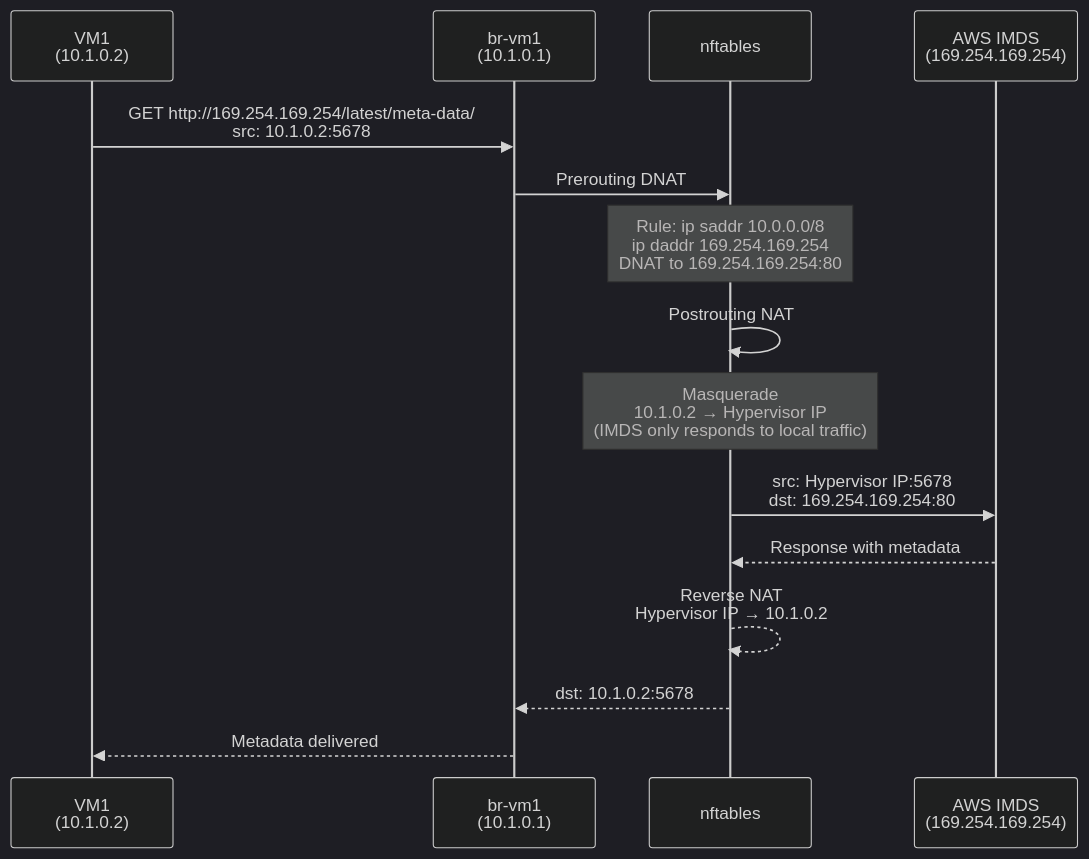
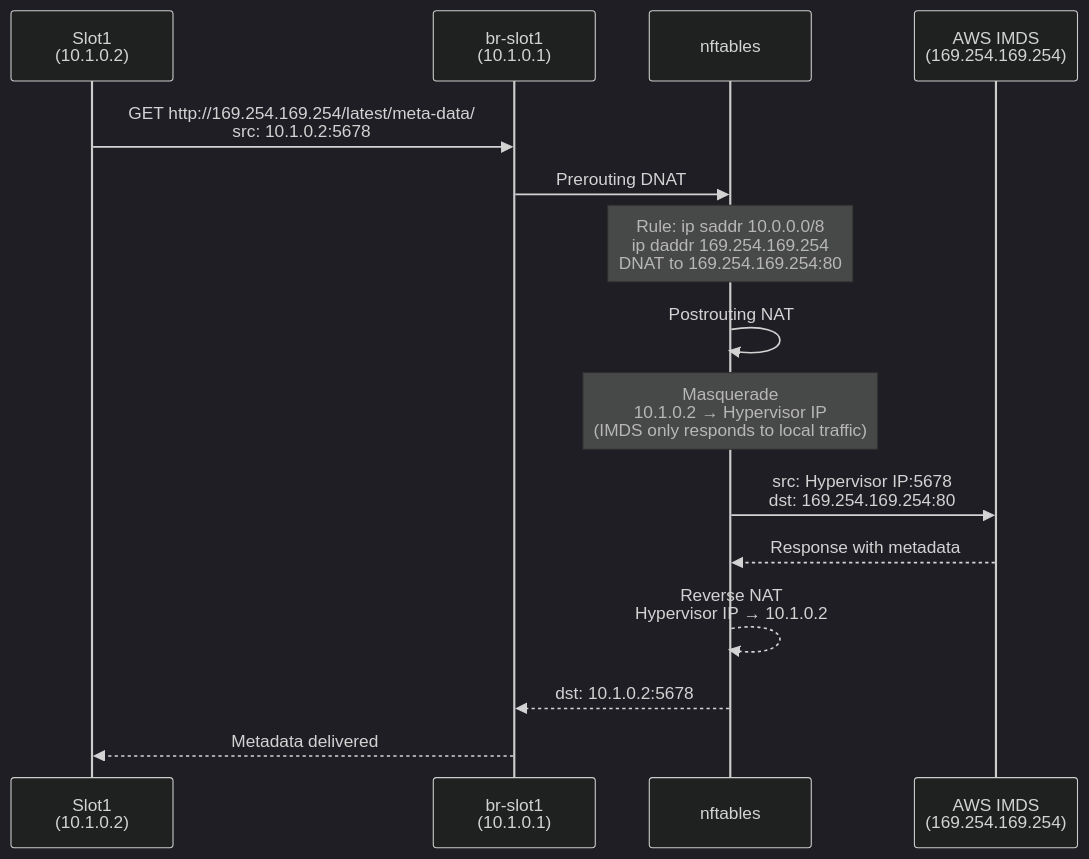
Before and after one commit to r33drichards/simple-microvm-infra: the third of 15 diagrams in NETWORK-TOPOLOGY.md, drawn with Mermaid (dark theme). The commit also changed other lines of this file and 3 other files, not shown here.

First line of the commit message:
Update documentation for portable state architecture

````diff
--- a/NETWORK-TOPOLOGY.md
+++ b/NETWORK-TOPOLOGY.md
@@ -158,18 +158,18 @@
 ```mermaid
 sequenceDiagram
-    participant VM1 as VM1<br/>(10.1.0.2)
-    participant GW as br-vm1<br/>(10.1.0.1)
+    participant Slot1 as Slot1<br/>(10.1.0.2)
+    participant GW as br-slot1<br/>(10.1.0.1)
     participant NFT as nftables
     participant IMDS as AWS IMDS<br/>(169.254.169.254)
 
-    VM1->>GW: GET http://169.254.169.254/latest/meta-data/<br/>src: 10.1.0.2:5678
+    Slot1->>GW: GET http://169.254.169.254/latest/meta-data/<br/>src: 10.1.0.2:5678
     GW->>NFT: Prerouting DNAT
     Note over NFT: Rule: ip saddr 10.0.0.0/8<br/>ip daddr 169.254.169.254<br/>DNAT to 169.254.169.254:80
     NFT->>NFT: Postrouting NAT
     Note over NFT: Masquerade<br/>10.1.0.2 → Hypervisor IP<br/>(IMDS only responds to local traffic)
     NFT->>IMDS: src: Hypervisor IP:5678<br/>dst: 169.254.169.254:80
     IMDS-->>NFT: Response with metadata
     NFT-->>NFT: Reverse NAT<br/>Hypervisor IP → 10.1.0.2
     NFT-->>GW: dst: 10.1.0.2:5678
-    GW-->>VM1: Metadata delivered
+    GW-->>Slot1: Metadata delivered
 ```
````
